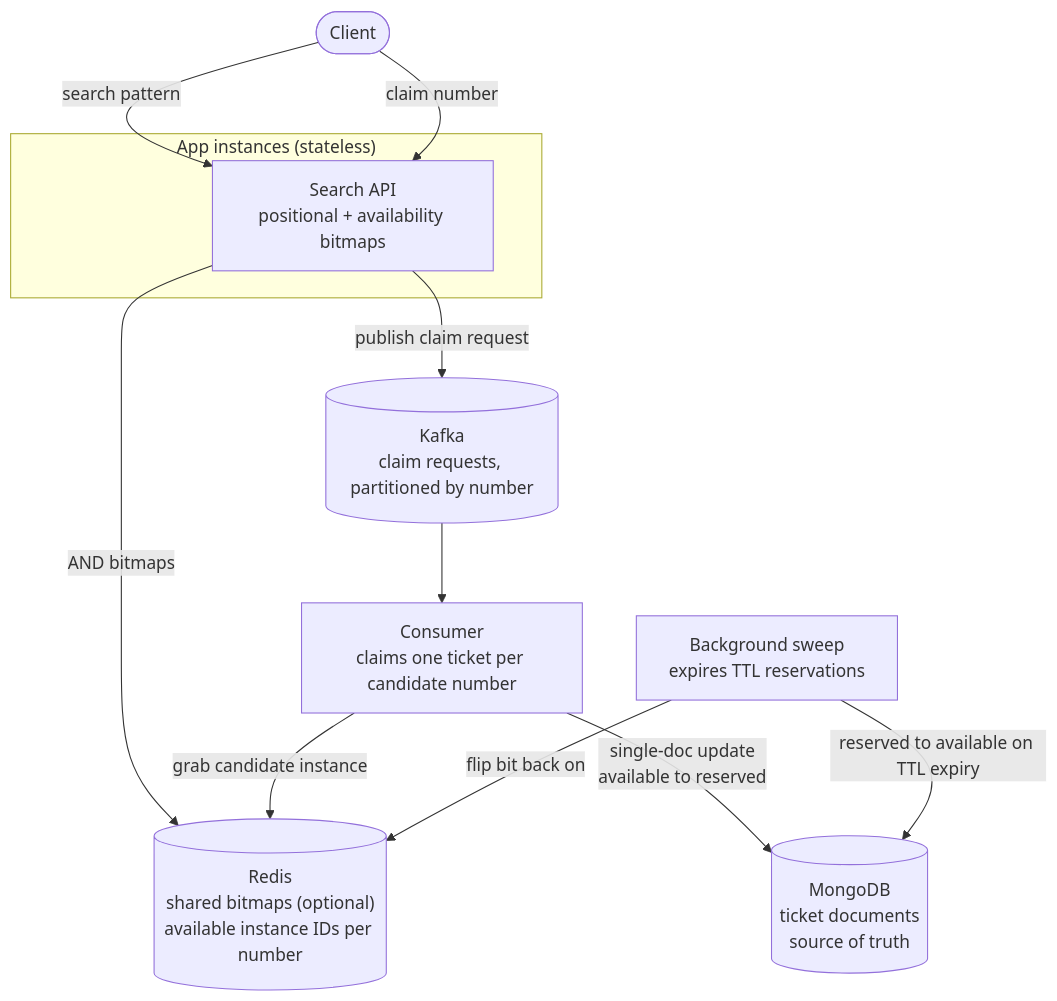
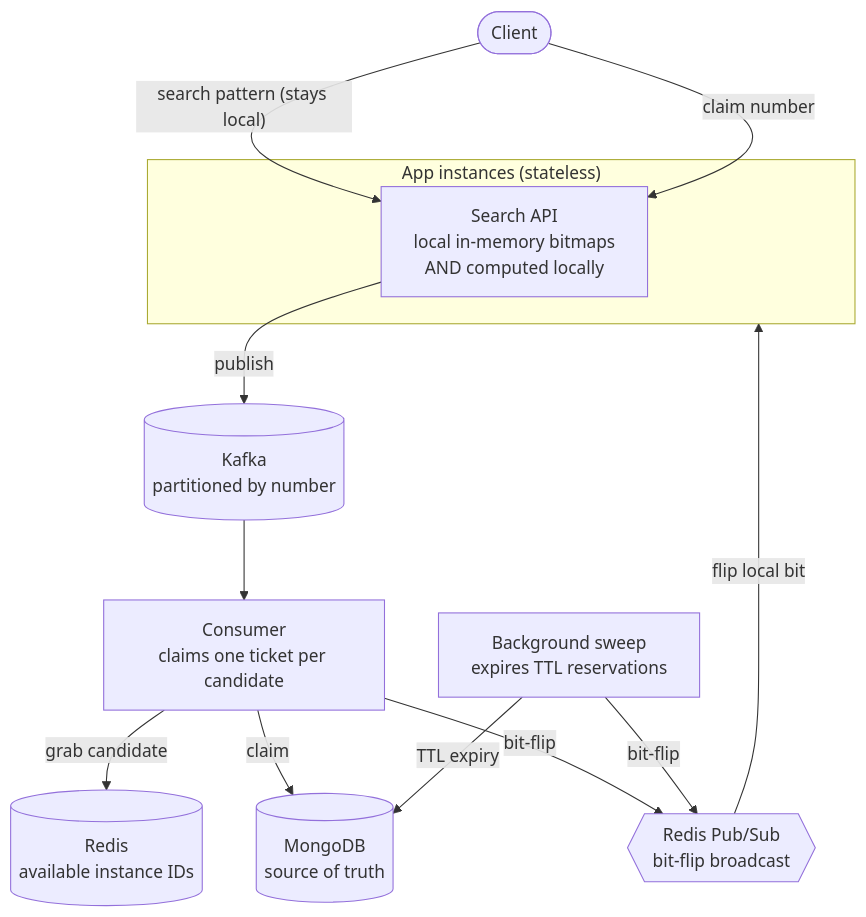
One commit to katakarn/lottery-search-system-design changed the first of 4 diagrams in README.md. Above: the diagram before and after it, drawn with Mermaid. The commit also changed other lines of this file, not shown here.

````diff
--- a/README.md
+++ b/README.md
@@ -8,25 +9,26 @@
 ```mermaid
 flowchart TB
     Client(["Client"])
 
     subgraph App["App instances (stateless)"]
-        API["Search API<br/>positional + availability bitmaps"]
+        API["Search API<br/>local in-memory bitmaps<br/>AND computed locally"]
     end
 
-    Kafka[("Kafka<br/>claim requests, partitioned by number")]
-    Consumer["Consumer<br/>claims one ticket per candidate number"]
+    Kafka[("Kafka<br/>partitioned by number")]
+    Consumer["Consumer<br/>claims one ticket per candidate"]
     Sweep["Background sweep<br/>expires TTL reservations"]
+    Redis[("Redis<br/>available instance IDs")]
+    PubSub{{"Redis Pub/Sub<br/>bit-flip broadcast"}}
+    Mongo[("MongoDB<br/>source of truth")]
 
-    Redis[("Redis<br/>shared bitmaps (optional)<br/>available instance IDs per number")]
-    Mongo[("MongoDB<br/>ticket documents<br/>source of truth")]
-
-    Client -->|"search pattern"| API
-    API -->|"AND bitmaps"| Redis
+    Client -->|"search pattern (stays local)"| API
     Client -->|"claim number"| API
-    API -->|"publish claim request"| Kafka
+    API -->|"publish"| Kafka
     Kafka --> Consumer
-    Consumer -->|"grab candidate instance"| Redis
-    Consumer -->|"single-doc update<br/>available to reserved"| Mongo
-    Sweep -->|"reserved to available on TTL expiry"| Mongo
-    Sweep -->|"flip bit back on"| Redis
+    Consumer -->|"grab candidate"| Redis
+    Consumer -->|"claim"| Mongo
+    Consumer -->|"bit-flip"| PubSub
+    Sweep -->|"TTL expiry"| Mongo
+    Sweep -->|"bit-flip"| PubSub
+    PubSub -->|"flip local bit"| App
 ```
````
